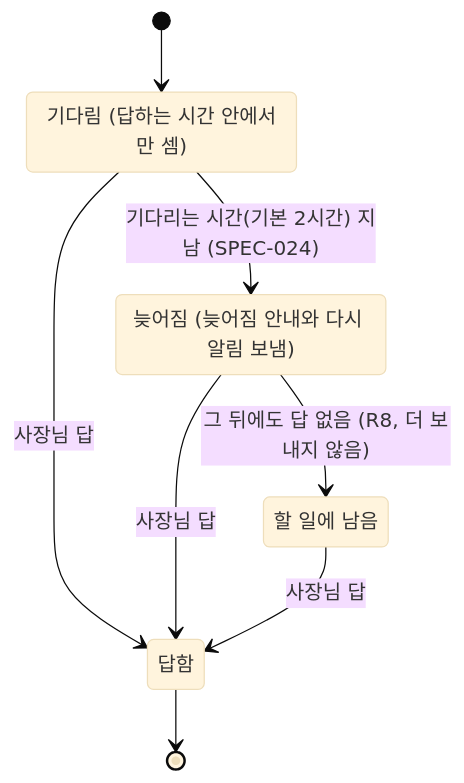
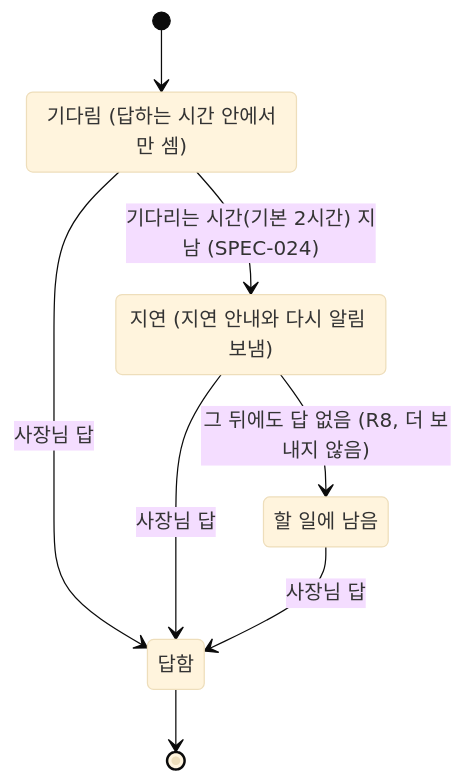
Before and after one commit to kodonghui/siljang.ai: the seventh of 8 diagrams in docs/04-functional-spec/spec.md, drawn with Mermaid (base theme). The commit also changed other lines of this file and 55 other files, not shown here.

````diff
--- a/docs/04-functional-spec/spec.md
+++ b/docs/04-functional-spec/spec.md
@@ -187,14 +187,14 @@
 ```mermaid
 stateDiagram-v2
   state "기다림 (답하는 시간 안에서만 셈)" as waiting
-  state "늦어짐 (늦어짐 안내와 다시 알림 보냄)" as late
+  state "지연 (지연 안내와 다시 알림 보냄)" as late
   state "할 일에 남음" as parked
   state "답함" as answered
   [*] --> waiting
   waiting --> answered: 사장님 답
   waiting --> late: 기다리는 시간(기본 2시간) 지남 (SPEC-024)
   late --> answered: 사장님 답
   late --> parked: 그 뒤에도 답 없음 (R8, 더 보내지 않음)
   parked --> answered: 사장님 답
   answered --> [*]
 ```
````
